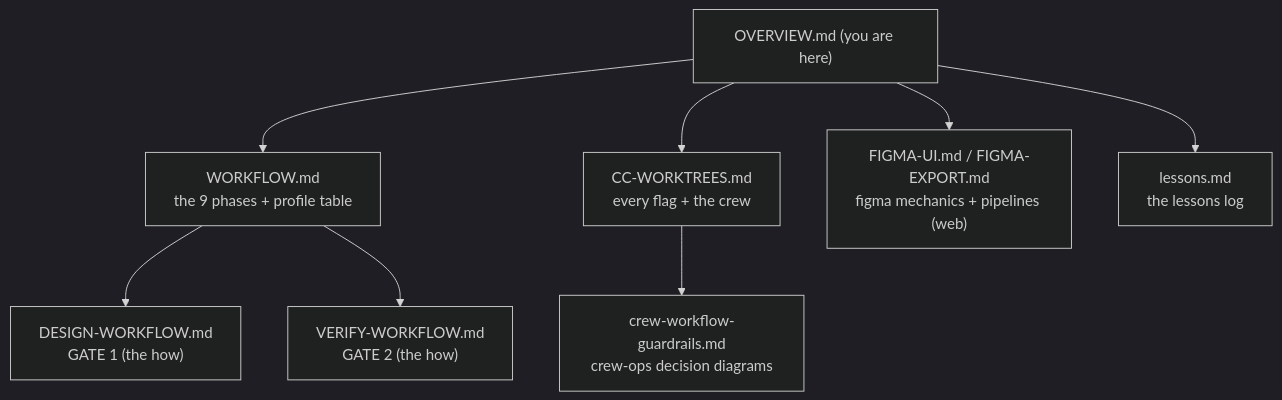
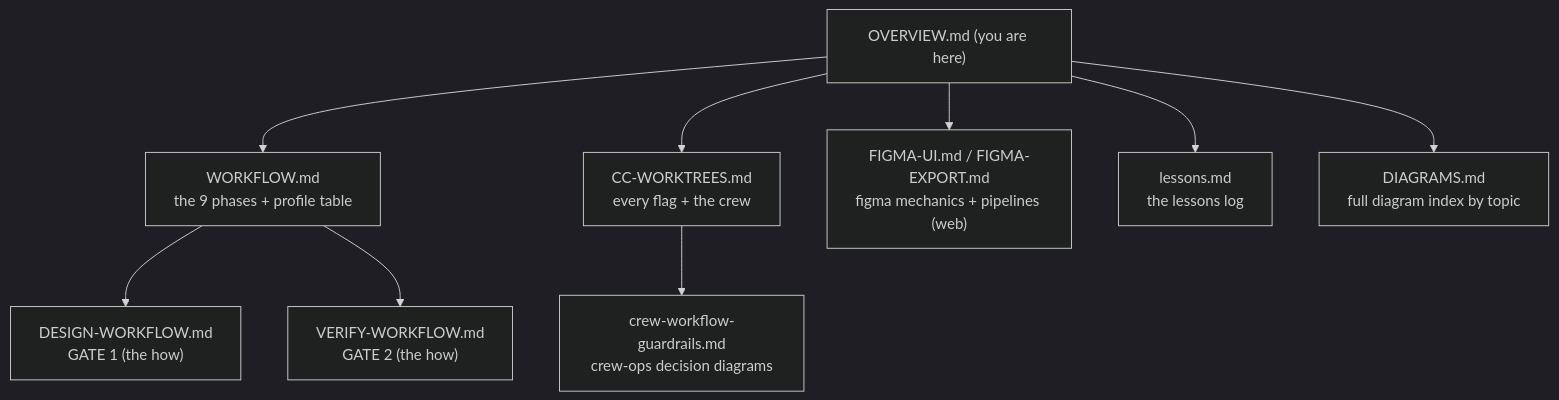
Diagram 16 of 16 in docs/OVERVIEW.md (HenriGeorge/AutoCue), drawn with Mermaid (dark theme) before and after one commit. The commit also changed other lines of this file and 45 other files, not shown here.

````diff
--- a/docs/OVERVIEW.md
+++ b/docs/OVERVIEW.md
@@ -307,11 +316,12 @@
 ```mermaid
 flowchart TD
     O["OVERVIEW.md (you are here)"]
     O --> WF["WORKFLOW.md<br/>the 9 phases + profile table"]
     WF --> DW["DESIGN-WORKFLOW.md<br/>GATE 1 (the how)"]
     WF --> VW["VERIFY-WORKFLOW.md<br/>GATE 2 (the how)"]
     O --> CW["CC-WORKTREES.md<br/>every flag + the crew"]
     CW --> GR["crew-workflow-guardrails.md<br/>crew-ops decision diagrams"]
     O --> FU["FIGMA-UI.md / FIGMA-EXPORT.md<br/>figma mechanics + pipelines (web)"]
     O --> LL["lessons.md<br/>the lessons log"]
+    O --> DG["DIAGRAMS.md<br/>full diagram index by topic"]
 ```
````
